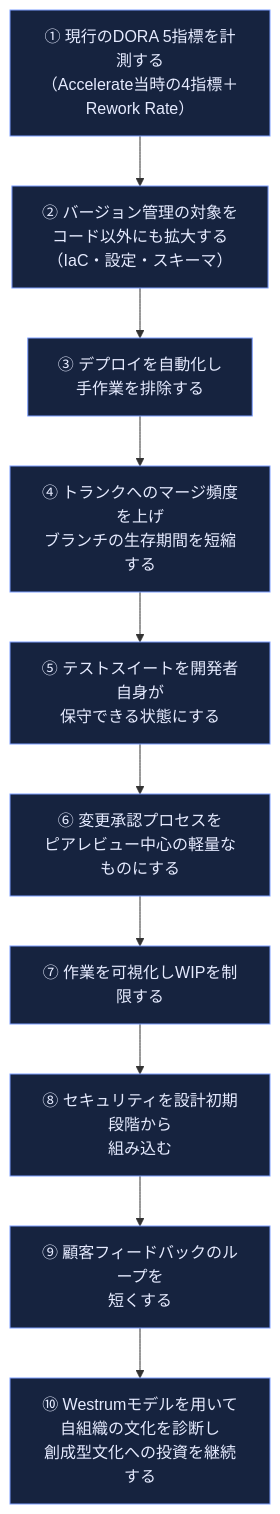
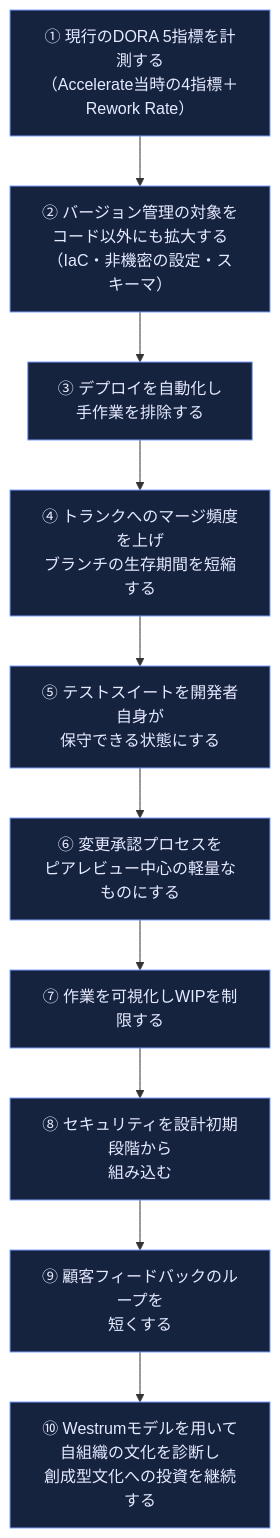
Before and after one commit to myoshi2891/Cloud-Infrastructure-Studies: diagram 18 of 18 in Accelerate-lean-devops-guide.md, drawn with Mermaid. The commit also changed other lines of this file and 3 other files, not shown here.

````diff
--- a/Accelerate-lean-devops-guide.md
+++ b/Accelerate-lean-devops-guide.md
@@ -587,15 +587,15 @@
 ```mermaid
 flowchart TB
-    S1["① 現行のDORA 5指標を計測する<br/>（Accelerate当時の4指標＋Rework Rate）"] --> S2["② バージョン管理の対象を<br/>コード以外にも拡大する<br/>（IaC・設定・スキーマ）"]
+    S1["① 現行のDORA 5指標を計測する<br/>（Accelerate当時の4指標＋Rework Rate）"] --> S2["② バージョン管理の対象を<br/>コード以外にも拡大する<br/>（IaC・非機密の設定・スキーマ）"]
     S2 --> S3["③ デプロイを自動化し<br/>手作業を排除する"]
     S3 --> S4["④ トランクへのマージ頻度を上げ<br/>ブランチの生存期間を短縮する"]
     S4 --> S5["⑤ テストスイートを開発者自身が<br/>保守できる状態にする"]
     S5 --> S6["⑥ 変更承認プロセスを<br/>ピアレビュー中心の軽量なものにする"]
     S6 --> S7["⑦ 作業を可視化しWIPを制限する"]
     S7 --> S8["⑧ セキュリティを設計初期段階から<br/>組み込む"]
     S8 --> S9["⑨ 顧客フィードバックのループを<br/>短くする"]
     S9 --> S10["⑩ Westrumモデルを用いて<br/>自組織の文化を診断し<br/>創成型文化への投資を継続する"]
 
     classDef step fill:#16233f,stroke:#7c9eff,color:#e6ebff
     class S1,S2,S3,S4,S5,S6,S7,S8,S9,S10 step
 ```
````
